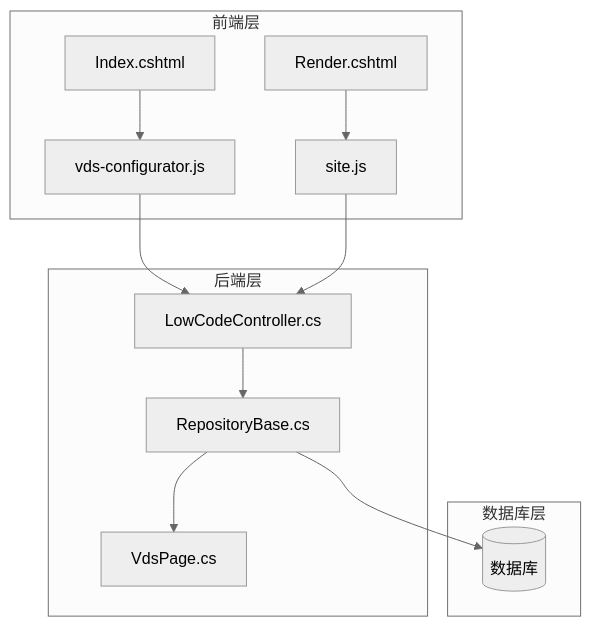
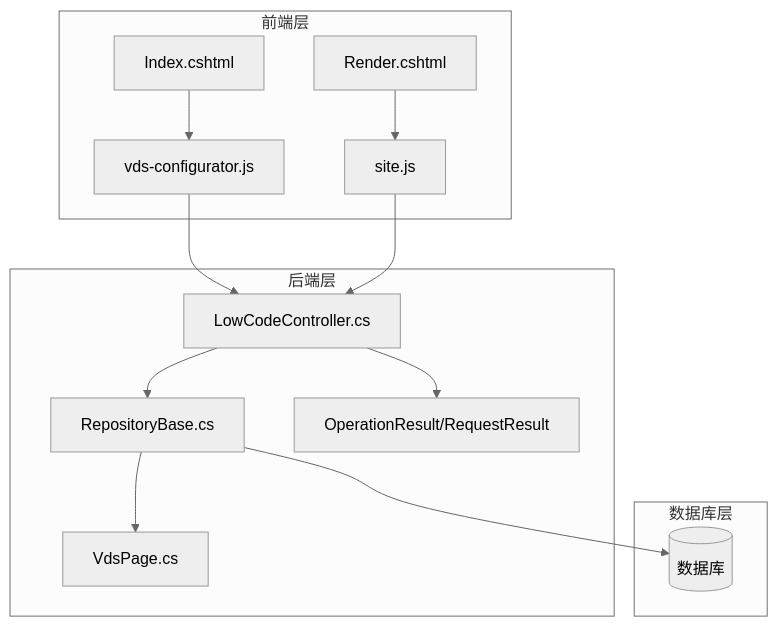
One commit to Sosososolong/AirGo changed the first of 21 diagrams in .qoder/repowiki/zh/content/VDS配置器JavaScript库.md. Above: the diagram before and after it, drawn with Mermaid (neutral theme). The commit also changed other lines of this file and 6 other files, not shown here.

````diff
--- a/.qoder/repowiki/zh/content/VDS配置器JavaScript库.md
+++ b/.qoder/repowiki/zh/content/VDS配置器JavaScript库.md
@@ -52,24 +56,26 @@
 ```mermaid
 graph TB
 subgraph "前端层"
 VDS[vds-configurator.js]
 SITE[site.js]
 INDEX[Index.cshtml]
 RENDER[Render.cshtml]
 end
 subgraph "后端层"
 CTRL[LowCodeController.cs]
 REPO[RepositoryBase.cs]
 MODEL[VdsPage.cs]
+DTO[OperationResult/RequestResult]
 end
 subgraph "数据库层"
 DB[(数据库)]
 end
 INDEX --> VDS
 RENDER --> SITE
 VDS --> CTRL
 SITE --> CTRL
 CTRL --> REPO
 REPO --> MODEL
 REPO --> DB
+CTRL --> DTO
 ```
````
